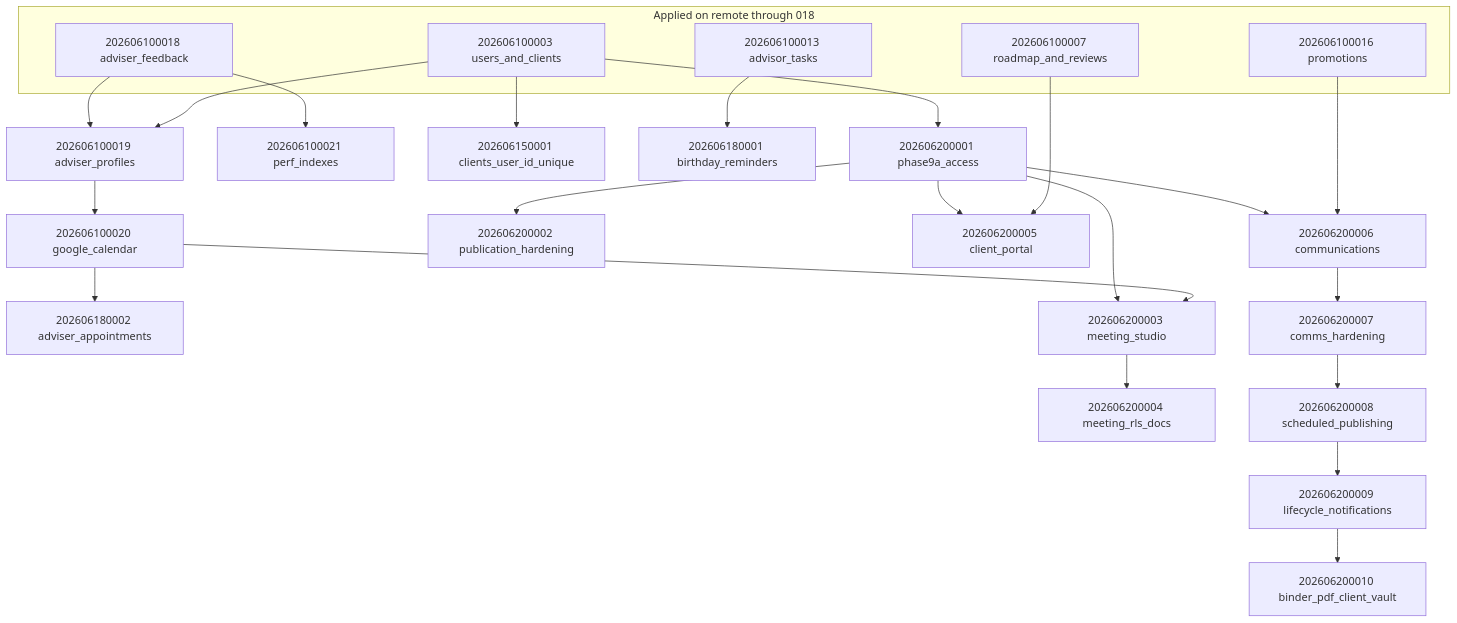
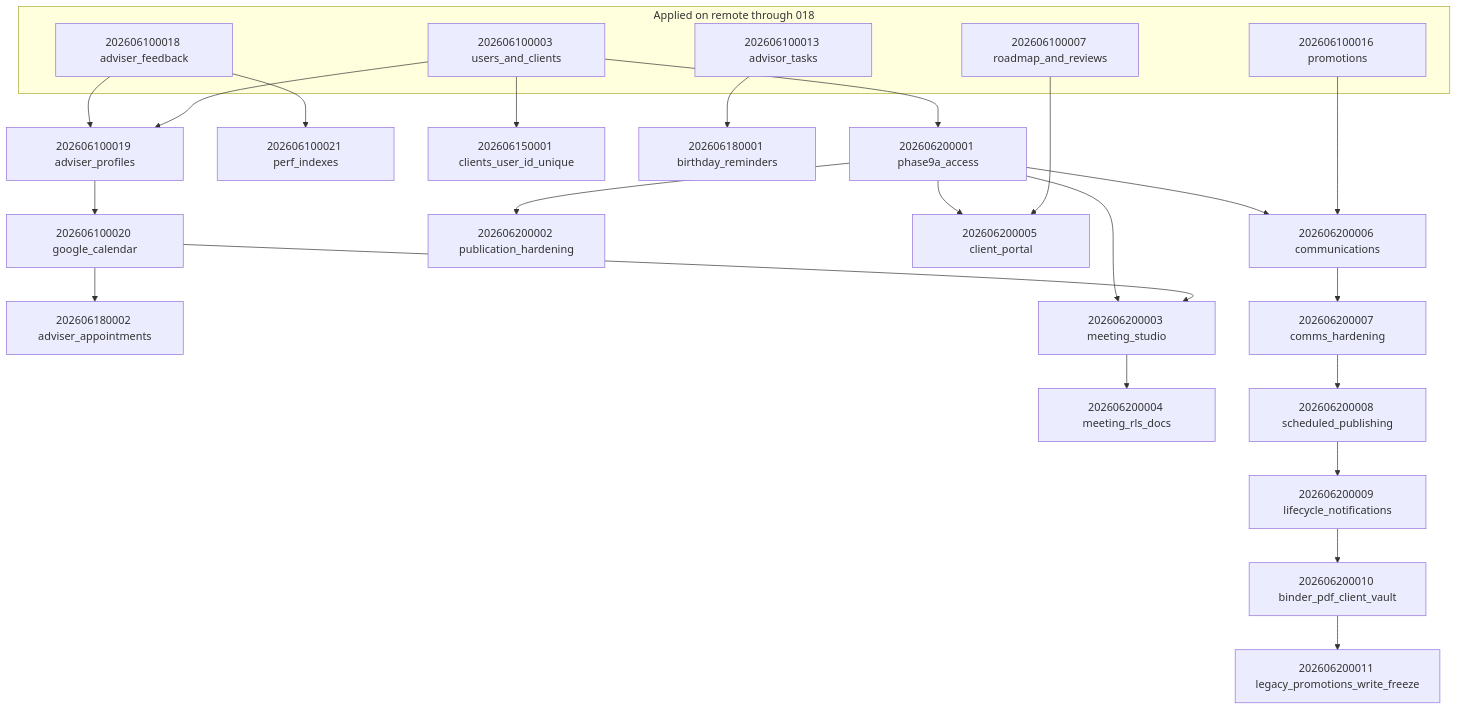
The diagram in docs/MIGRATION_DEPENDENCY_GRAPH.md (marclucas101/aegis-wealth-os), drawn with Mermaid before and after one commit. The commit also changed other lines of this file and 42 other files, not shown here.

Commit message:
add Phase 9F.4 legacy promotions write freeze

````diff
--- a/docs/MIGRATION_DEPENDENCY_GRAPH.md
+++ b/docs/MIGRATION_DEPENDENCY_GRAPH.md
@@ -5,48 +5,50 @@
 ```mermaid
 flowchart TD
   subgraph applied [Applied on remote through 018]
     M003[202606100003 users_and_clients]
     M007[202606100007 roadmap_and_reviews]
     M013[202606100013 advisor_tasks]
     M016[202606100016 promotions]
     M018[202606100018 adviser_feedback]
   end
 
   M019[202606100019 adviser_profiles]
   M020[202606100020 google_calendar]
   M021[202606100021 perf_indexes]
   M150[202606150001 clients_user_id_unique]
   M8A[202606180001 birthday_reminders]
   M8B[202606180002 adviser_appointments]
   M9A1[202606200001 phase9a_access]
   M9A2[202606200002 publication_hardening]
   M9C1[202606200003 meeting_studio]
   M9C2[202606200004 meeting_rls_docs]
   M9D[202606200005 client_portal]
   M9E1[202606200006 communications]
   M9E2[202606200007 comms_hardening]
   M9F1[202606200008 scheduled_publishing]
   M9F2[202606200009 lifecycle_notifications]
   M9F3[202606200010 binder_pdf_client_vault]
+  M9F4[202606200011 legacy_promotions_write_freeze]
 
   M018 --> M019
   M003 --> M019
   M019 --> M020
   M018 --> M021
   M003 --> M150
   M013 --> M8A
   M020 --> M8B
   M003 --> M9A1
   M9A1 --> M9A2
   M9A1 --> M9C1
   M020 --> M9C1
   M9C1 --> M9C2
   M9A1 --> M9D
   M007 --> M9D
   M9A1 --> M9E1
   M016 --> M9E1
   M9E1 --> M9E2
   M9E2 --> M9F1
   M9F1 --> M9F2
   M9F2 --> M9F3
+  M9F3 --> M9F4
 ```
````
